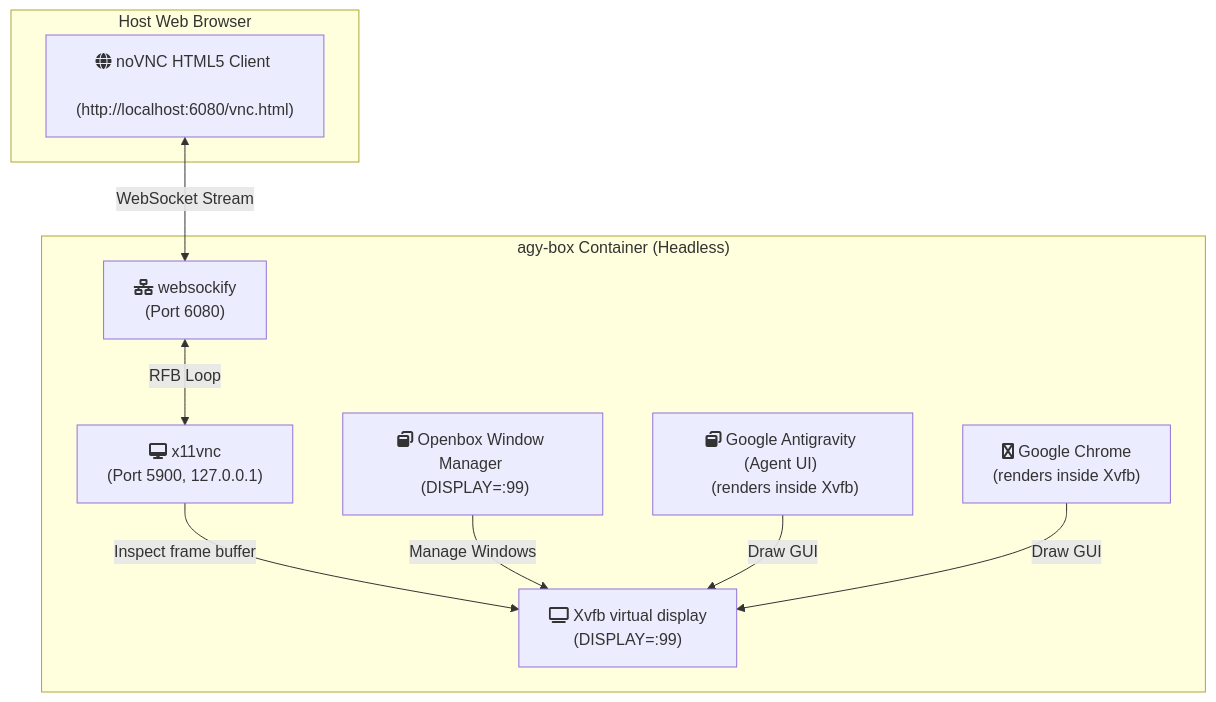
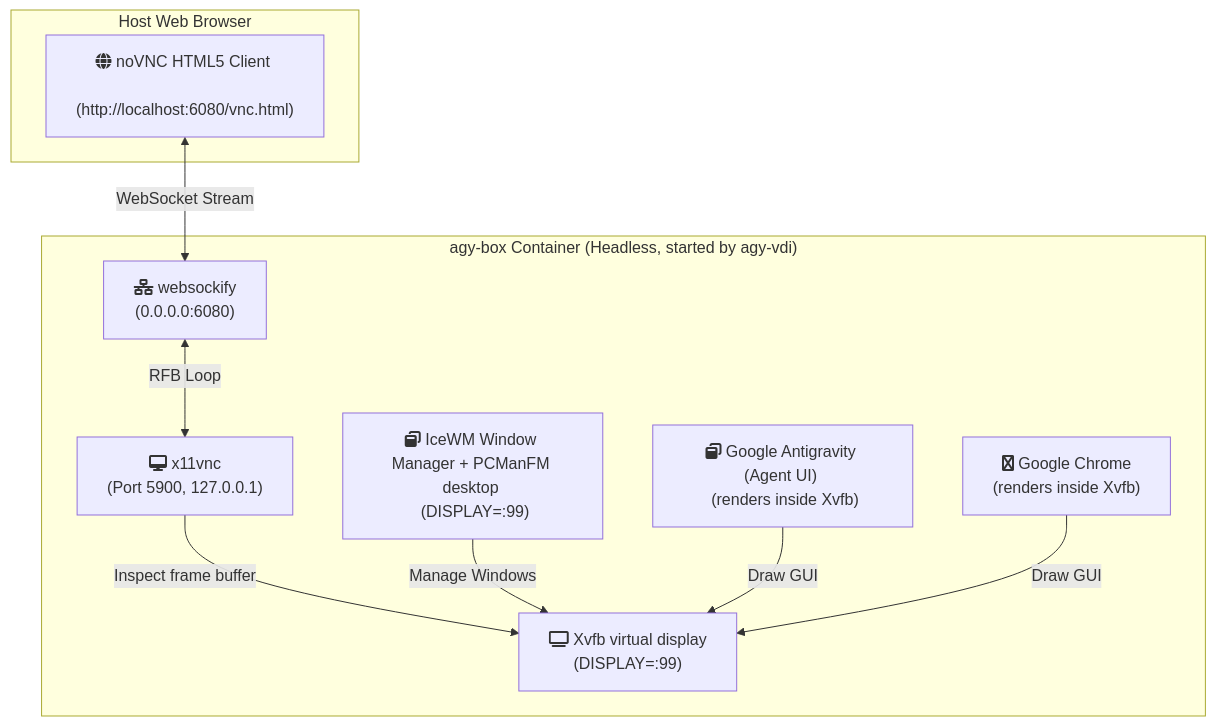
Before and after one commit to wtg-codes/agy-box: the diagram in docs/diagrams/vdi-desktop.mmd, drawn with Mermaid. The commit also changed 25 other files, not shown here.

```diff
--- a/docs/diagrams/vdi-desktop.mmd
+++ b/docs/diagrams/vdi-desktop.mmd
@@ -1,27 +1,27 @@
 graph TD
     subgraph Browser ["Host Web Browser"]
         noVNC["fa:fa-globe noVNC HTML5 Client <br> (http://localhost:6080/vnc.html)"]
     end
 
-    subgraph Sandbox ["agy-box Container (Headless)"]
-        Websockify["fa:fa-network-wired websockify <br> (Port 6080)"]
+    subgraph Sandbox ["agy-box Container (Headless, started by agy-vdi)"]
+        Websockify["fa:fa-network-wired websockify <br> (0.0.0.0:6080)"]
         X11VNC["fa:fa-desktop x11vnc <br> (Port 5900, 127.0.0.1)"]
-        Openbox["fa:fa-window-restore Openbox Window Manager <br> (DISPLAY=:99)"]
+        IceWM["fa:fa-window-restore IceWM Window Manager + PCManFM desktop <br> (DISPLAY=:99)"]
         Xvfb["fa:fa-tv Xvfb virtual display <br> (DISPLAY=:99)"]
         IDE["fa:fa-window-restore Google Antigravity (Agent UI) <br> (renders inside Xvfb)"]
         Chrome["fa:fa-chrome Google Chrome <br> (renders inside Xvfb)"]
     end
 
     noVNC <-->|"WebSocket Stream"| Websockify
     Websockify <-->|"RFB Loop"| X11VNC
     X11VNC -->|"Inspect frame buffer"| Xvfb
-    Openbox -->|"Manage Windows"| Xvfb
+    IceWM -->|"Manage Windows"| Xvfb
     IDE -->|"Draw GUI"| Xvfb
     Chrome -->|"Draw GUI"| Xvfb
 
     %% Styling
     classDef client client;
     classDef server sandbox;
 
     class noVNC client;
-    class Websockify,X11VNC,Openbox,Xvfb,IDE,Chrome server;
+    class Websockify,X11VNC,IceWM,Xvfb,IDE,Chrome server;
```
